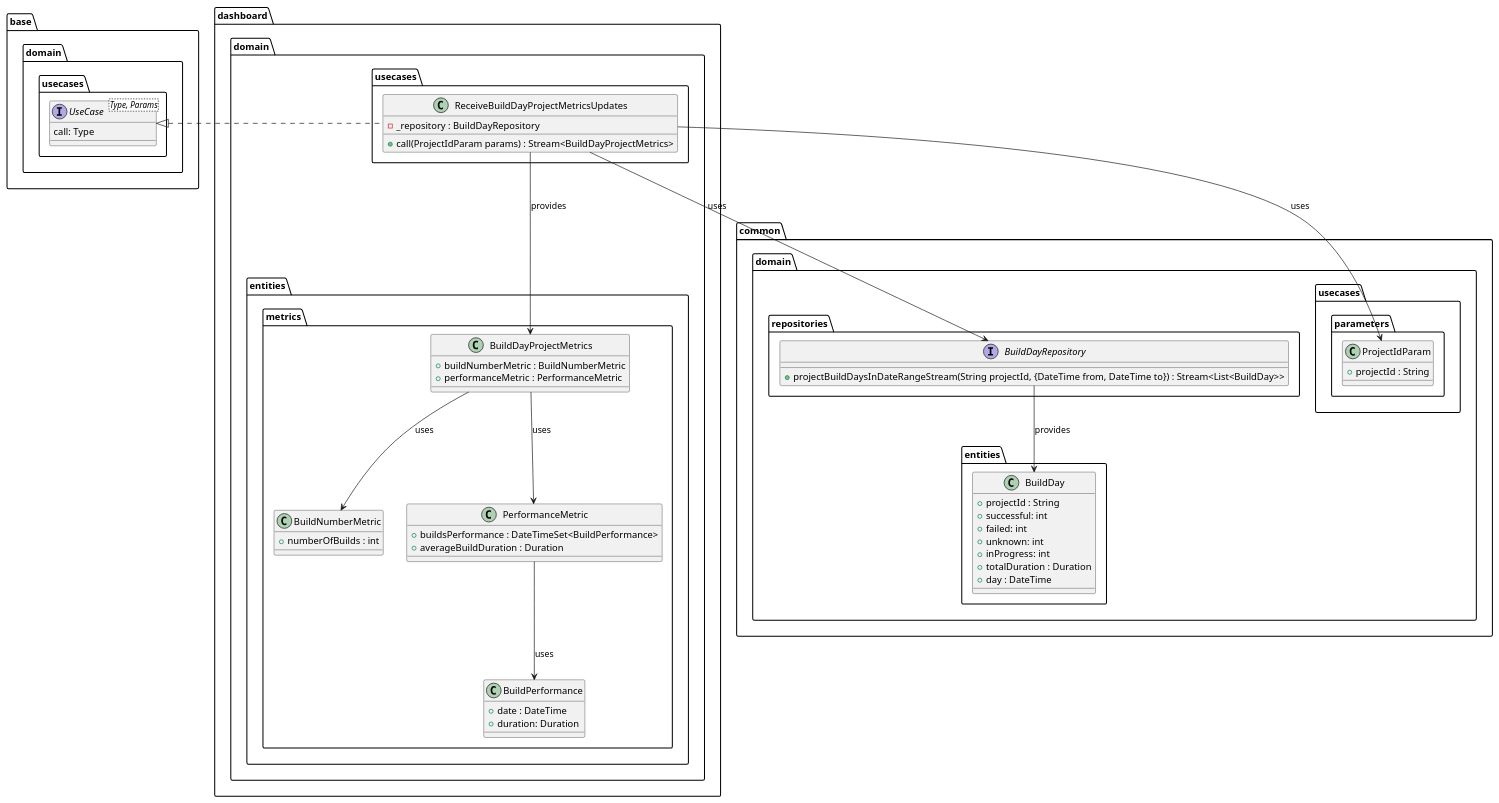
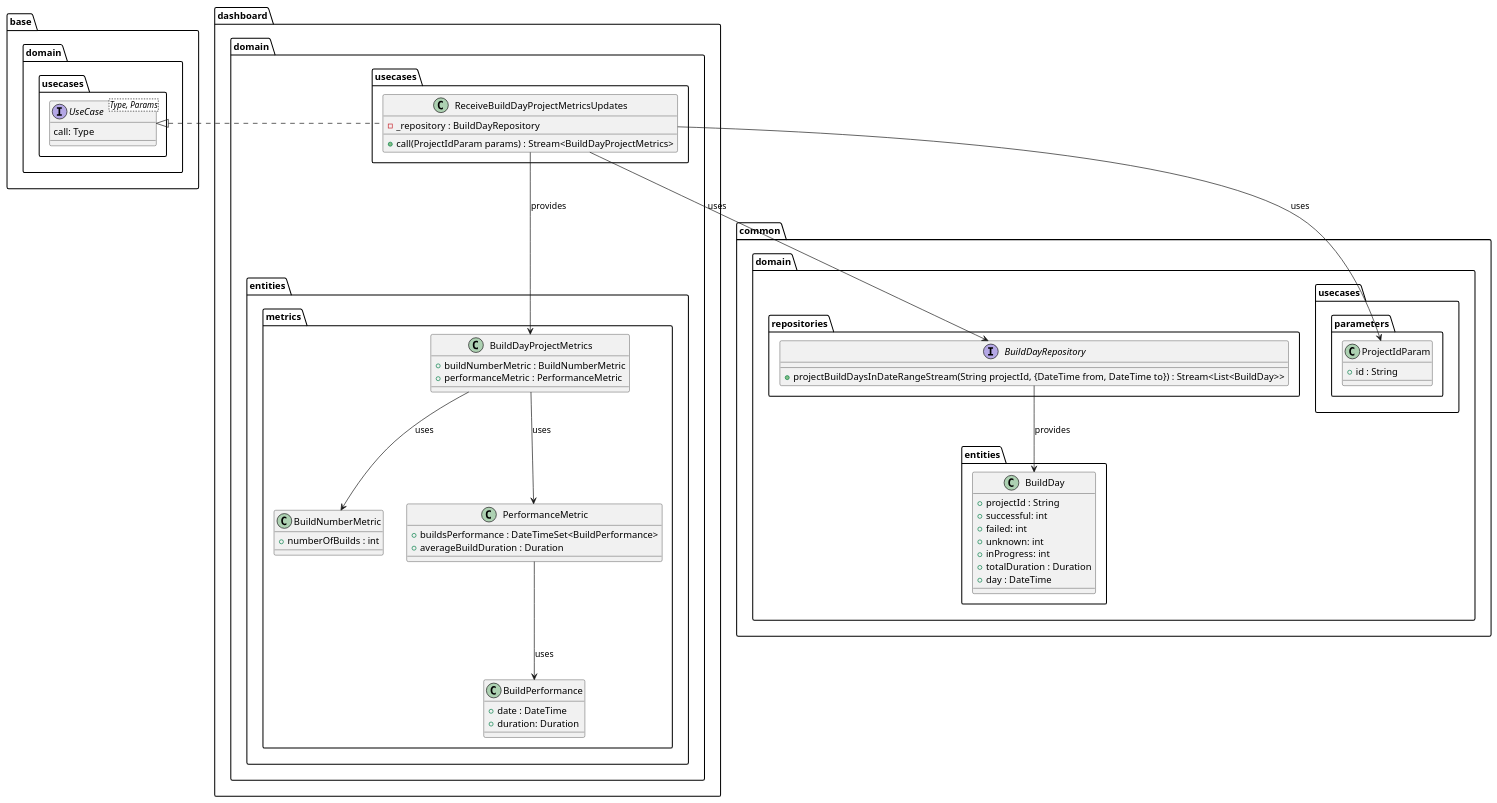
Before and after one commit to Flank/flank-dashboard: the diagram in metrics/web/docs/features/builds_aggregation/diagrams/build_days_domain_layer_class_diagram.puml, drawn with PlantUML.

Commit message:
Fix property name in the ProjectIdParam

```diff
--- a/metrics/web/docs/features/builds_aggregation/diagrams/build_days_domain_layer_class_diagram.puml
+++ b/metrics/web/docs/features/builds_aggregation/diagrams/build_days_domain_layer_class_diagram.puml
@@ -1,72 +1,72 @@
 @startuml build_days_domain_layer_class_diagram
 
 package base.domain.usecases {
     interface UseCase<Type, Params> {
         call: Type
     }
 }
 
 package common.domain {
     package entities {
         class BuildDay {
             + projectId : String
             + successful: int
             + failed: int
             + unknown: int
             + inProgress: int
             + totalDuration : Duration
             + day : DateTime
         }
     }
 
     package repositories {
         interface BuildDayRepository {
             + projectBuildDaysInDateRangeStream(String projectId, {DateTime from, DateTime to}) : Stream<List<BuildDay>>
         } 
     }
 
     package usecases.parameters {
         class ProjectIdParam {
-            + projectId : String
+            + id : String
         }
     }
 }
 
 package dashboard.domain {
     package entities.metrics {
         class BuildNumberMetric {
             + numberOfBuilds : int
         }
         class BuildPerformance {
                 + date : DateTime
                 + duration: Duration
         }
         class PerformanceMetric {
             + buildsPerformance : DateTimeSet<BuildPerformance>
             + averageBuildDuration : Duration
         }
         class BuildDayProjectMetrics {
             + buildNumberMetric : BuildNumberMetric
             + performanceMetric : PerformanceMetric
         }
     }
 
     package usecases {
         class ReceiveBuildDayProjectMetricsUpdates {
             - _repository : BuildDayRepository
             + call(ProjectIdParam params) : Stream<BuildDayProjectMetrics>
         }
     }  
 }
 
 BuildDayRepository --> BuildDay : provides
 ReceiveBuildDayProjectMetricsUpdates -left-..|> UseCase
 ReceiveBuildDayProjectMetricsUpdates --> BuildDayRepository : uses
 ReceiveBuildDayProjectMetricsUpdates --> ProjectIdParam : uses
 ReceiveBuildDayProjectMetricsUpdates --> BuildDayProjectMetrics : provides
 
 BuildDayProjectMetrics --> BuildNumberMetric : uses
 BuildDayProjectMetrics --> PerformanceMetric : uses
 PerformanceMetric --> BuildPerformance : uses
 
 @enduml
```
